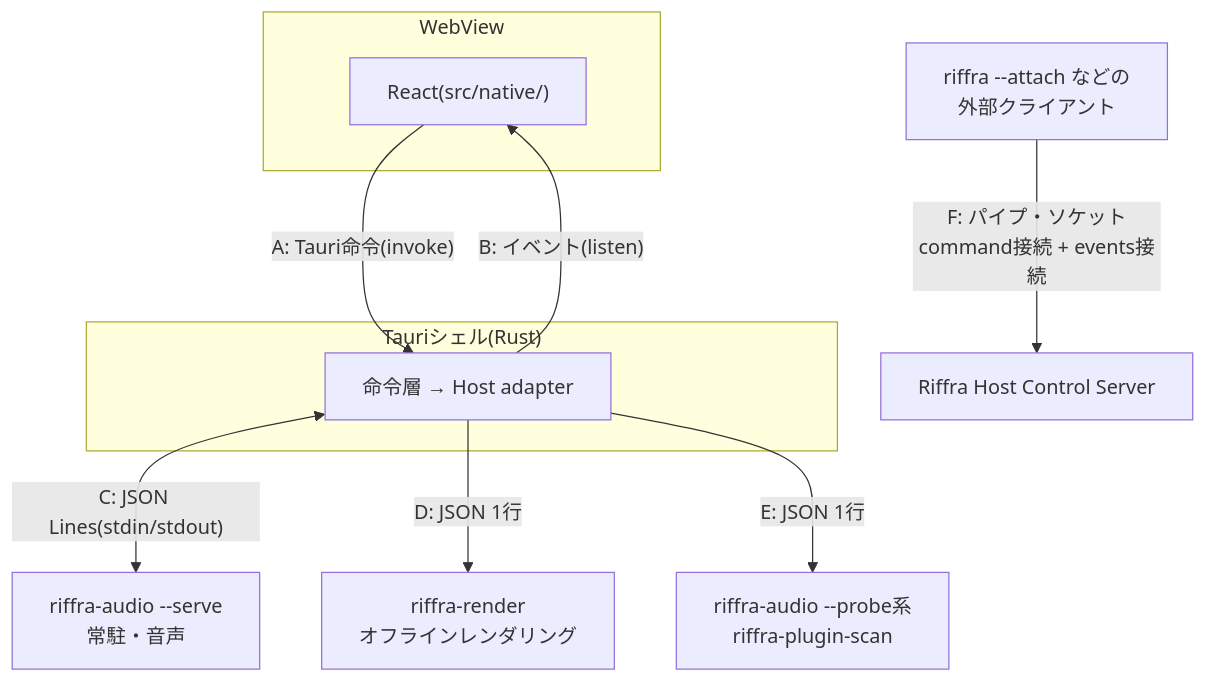
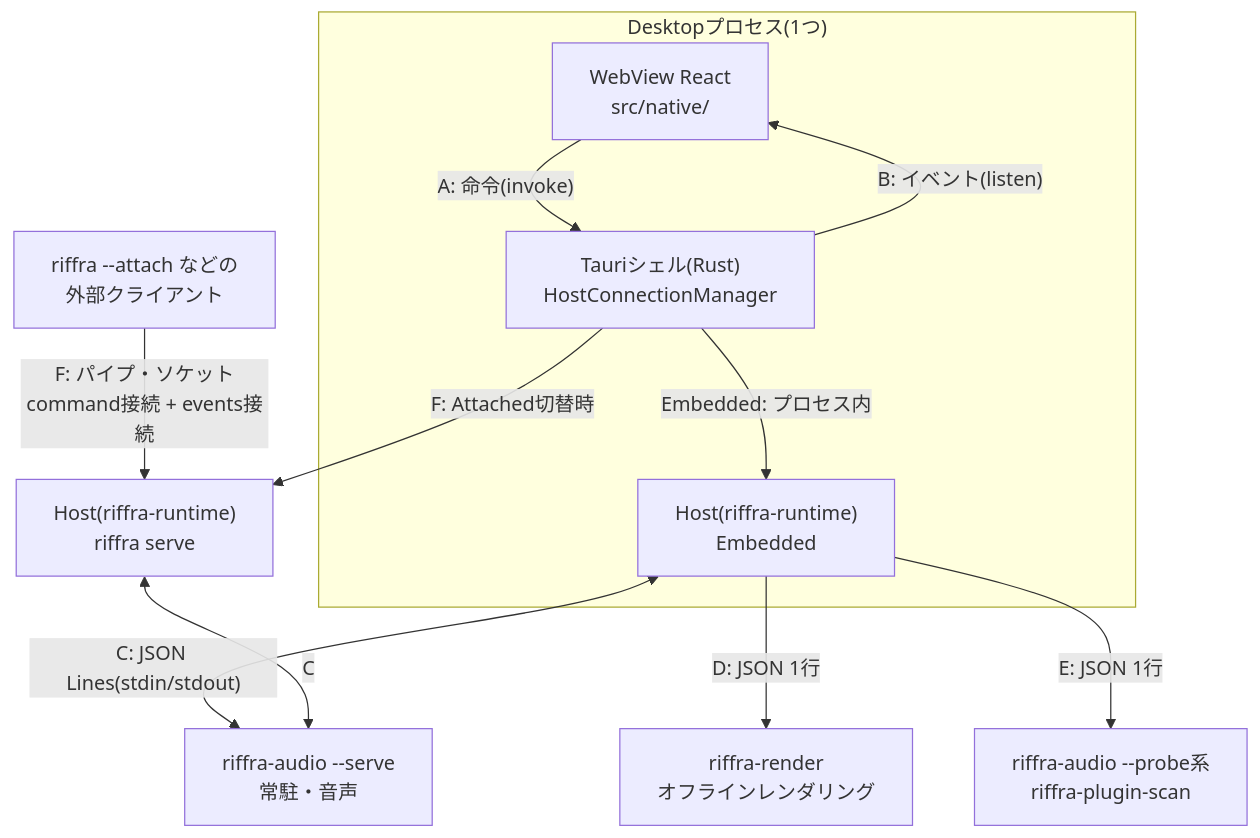
The diagram in docs/ipc.md (endo-ly/riffra), drawn with Mermaid before and after one commit. The commit also changed other lines of this file and 4 other files, not shown here.

````diff
--- a/docs/ipc.md
+++ b/docs/ipc.md
@@ -7,15 +7,18 @@
 ```mermaid
 flowchart TB
-    subgraph webview["WebView"]
-        REACT["React(src/native/)"]
+    subgraph desktop["Desktopプロセス(1つ)"]
+        REACT["WebView React<br/>src/native/"]
+        TAURI["Tauriシェル(Rust)<br/>HostConnectionManager"]
+        EMB["Host(riffra-runtime)<br/>Embedded"]
+        REACT -->|"A: 命令(invoke)"| TAURI
+        TAURI -->|"B: イベント(listen)"| REACT
+        TAURI -->|"Embedded: プロセス内"| EMB
     end
-    subgraph shell["Tauriシェル(Rust)"]
-        TAURI["命令層 → Host adapter"]
-    end
-    REACT -->|"A: Tauri命令(invoke)"| TAURI
-    TAURI -->|"B: イベント(listen)"| REACT
-    TAURI <-->|"C: JSON Lines(stdin/stdout)"| AUDIO["riffra-audio --serve<br/>常駐・音声"]
-    TAURI -->|"D: JSON 1行"| RENDER["riffra-render<br/>オフラインレンダリング"]
-    TAURI -->|"E: JSON 1行"| PROBE["riffra-audio --probe系<br/>riffra-plugin-scan"]
-    CLIENT["riffra --attach などの<br/>外部クライアント"] -->|"F: パイプ・ソケット<br/>command接続 + events接続"| SERVER["Riffra Host Control Server"]
+    SERVE["Host(riffra-runtime)<br/>riffra serve"]
+    TAURI -->|"F: Attached切替時"| SERVE
+    EMB <-->|"C: JSON Lines(stdin/stdout)"| AUDIO["riffra-audio --serve<br/>常駐・音声"]
+    SERVE <-->|"C"| AUDIO
+    EMB -->|"D: JSON 1行"| RENDER["riffra-render<br/>オフラインレンダリング"]
+    EMB -->|"E: JSON 1行"| PROBE["riffra-audio --probe系<br/>riffra-plugin-scan"]
+    CLI["riffra --attach などの<br/>外部クライアント"] -->|"F: パイプ・ソケット<br/>command接続 + events接続"| SERVE
 ```
````
